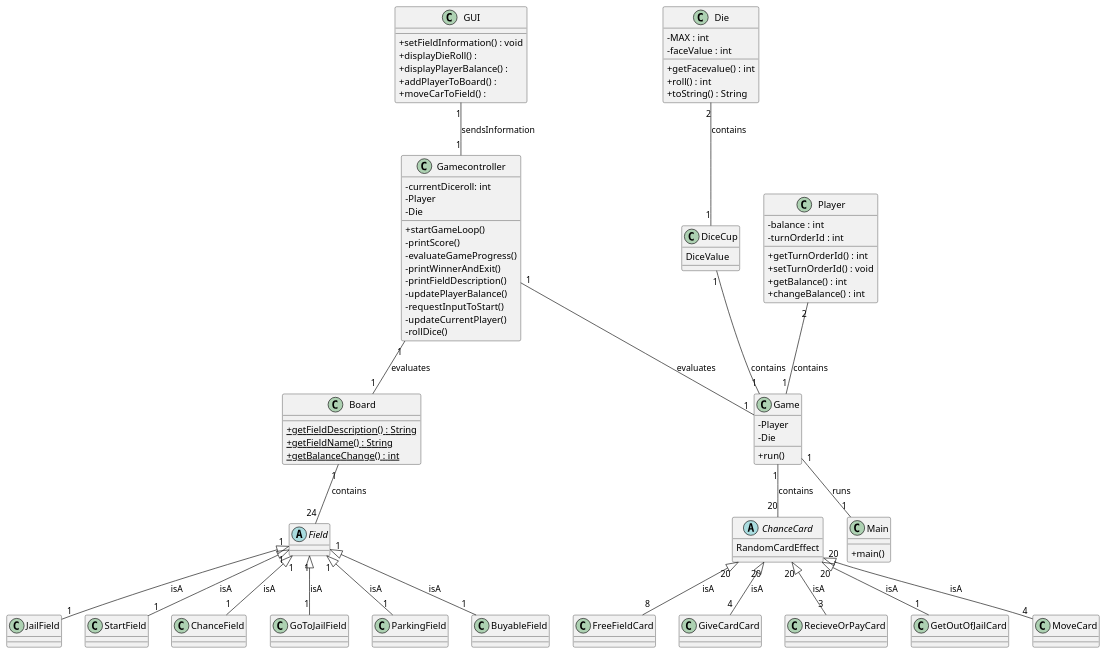
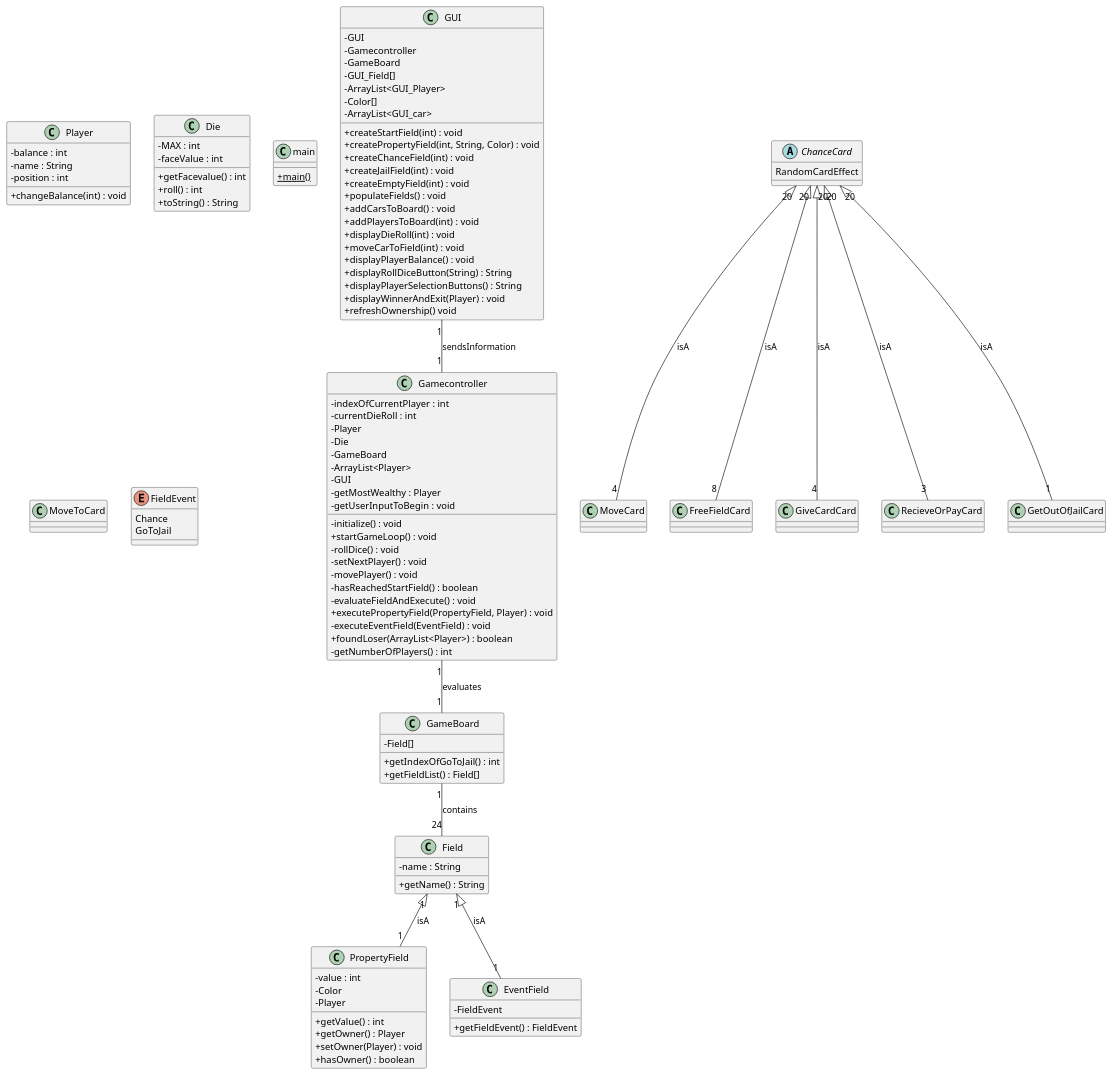
One commit to SkumJustEatMe/G05_del3 changed the diagram in src/models/DesignClassDiagram.puml. Above: the diagram before and after it, drawn with PlantUML.

Commit message:
second draft at designDiagram

```diff
--- a/src/models/DesignClassDiagram.puml
+++ b/src/models/DesignClassDiagram.puml
@@ -1,108 +1,129 @@
 @startuml
 'https://plantuml.com/class-diagram
 skinparam classAttributeIconSize 0
 
 class Player{
 - balance : int
-- turnOrderId : int
-+ getTurnOrderId() : int
-+ setTurnOrderId() : void
-+ getBalance() : int
-+ changeBalance() : int
+- name : String
+- position : int
++ changeBalance(int) : void
 }
 class Gamecontroller{
-- currentDiceroll: int
+- indexOfCurrentPlayer : int
+- currentDieRoll : int
 - Player
 - Die
-+ startGameLoop()
-- printScore()
-- evaluateGameProgress()
--printWinnerAndExit()
--printFieldDescription()
--updatePlayerBalance()
--requestInputToStart()
--updateCurrentPlayer()
--rollDice()
+- GameBoard
+- ArrayList<Player>
+- GUI
+- initialize() : void
++ startGameLoop() : void
+- rollDice() : void
+- setNextPlayer() : void
+- movePlayer() : void
+- hasReachedStartField() : boolean
+- evaluateFieldAndExecute() : void
++ executePropertyField(PropertyField, Player) : void
+- executeEventField(EventField) : void
++ foundLoser(ArrayList<Player>) : boolean
+- getMostWealthy : Player
+- getNumberOfPlayers() : int
+- getUserInputToBegin : void
+
 }
-class Game{
-- Player
-- Die
-+ run()
-}
+
 class Die{
 - MAX : int
 - faceValue : int
 +getFacevalue() : int
 +roll() : int
 +toString() : String
 }
-class Board{
-{static}+ getFieldDescription() : String
-{static}+ getFieldName() : String
-{static}+ getBalanceChange() : int
+class GameBoard{
+- Field[]
++ getIndexOfGoToJail() : int
++ getFieldList() : Field[]
 }
-class Main{
-+ main()
+
+class main{
+{static}+ main()
 }
 class GUI{
-+setFieldInformation() : void
-+displayDieRoll() :
-+displayPlayerBalance() :
-+addPlayerToBoard() :
-+moveCarToField() :
+- GUI
+- Gamecontroller
+- GameBoard
+- GUI_Field[]
+- ArrayList<GUI_Player>
+- Color[]
+- ArrayList<GUI_car>
++ createStartField(int) : void
++ createPropertyField(int, String, Color) : void
++ createChanceField(int) : void
++ createJailField(int) : void
++ createEmptyField(int) : void
++ populateFields() : void
++ addCarsToBoard() : void
++ addPlayersToBoard(int) : void
++ displayDieRoll(int) : void
++ moveCarToField(int) : void
++ displayPlayerBalance() : void
++ displayRollDiceButton(String) : String
++ displayPlayerSelectionButtons() : String
++ displayWinnerAndExit(Player) : void
++ refreshOwnership() void
 }
 
 abstract class ChanceCard{
 RandomCardEffect
 }
 
 class MoveCard{}
+
+class MoveToCard{}
 
 class FreeFieldCard{}
 
 class GiveCardCard{}
 
 class RecieveOrPayCard{}
 
 class GetOutOfJailCard{}
 
-class DiceCup{
-DiceValue
+
+class Field{
+- name : String
++ getName() : String
 }
 
-abstract class Field{}
+class PropertyField{
+- value : int
+- Color
+- Player
++ getValue() : int
++ getOwner() : Player
++ setOwner(Player) : void
++ hasOwner() : boolean
+}
 
-class JailField{}
+class EventField{
+- FieldEvent
++ getFieldEvent() : FieldEvent
+}
 
-class StartField{}
+enum FieldEvent{
+Chance
+GoToJail
+}
 
-class ChanceField{}
-
-class GoToJailField{}
-
-class ParkingField{}
-
-class BuyableField{}
-
-Die "2"--"1" DiceCup : contains
-DiceCup "1" -- "1" Game : contains
-Gamecontroller "1"--"1" Game : evaluates
-Gamecontroller "1"--"1" Board : evaluates
-Game "1"--"1" Main : runs
-Player "2"--"1" Game : contains
+Gamecontroller "1"--"1" GameBoard : evaluates
 GUI"1" -- "1"Gamecontroller : sendsInformation
-Board "1" -- "24" Field : contains
-Game "1" -- "20" ChanceCard : contains
-Field "1" <|-- "1" JailField : isA
-Field "1" <|-- "1" StartField : isA
-Field "1" <|-- "1" ChanceField : isA
-Field "1" <|-- "1" GoToJailField : isA
-Field "1" <|-- "1" ParkingField : isA
-Field "1" <|-- "1" BuyableField : isA
+GameBoard "1" -- "24" Field : contains
+Field "1" <|-- "1" EventField : isA
+Field "1" <|-- "1" PropertyField : isA
 ChanceCard "20" <|-- "4" MoveCard : isA
 ChanceCard "20" <|-- "8" FreeFieldCard : isA
 ChanceCard "20" <|-- "4" GiveCardCard : isA
 ChanceCard "20" <|-- "3" RecieveOrPayCard : isA
 ChanceCard "20" <|-- "1" GetOutOfJailCard : isA
 
 @enduml
```
